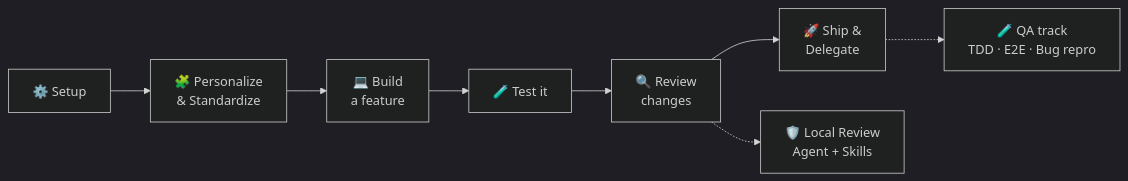
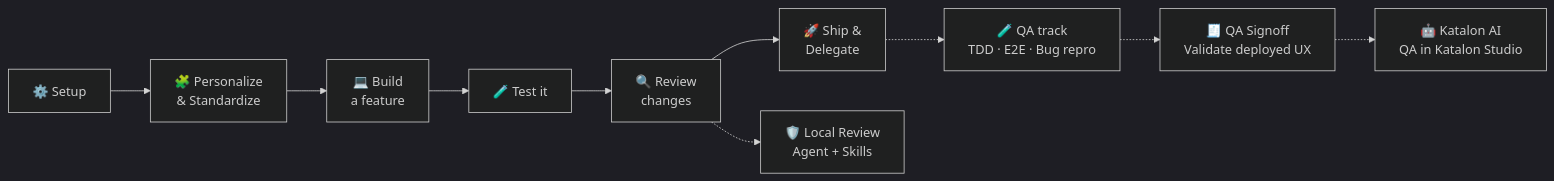
The diagram in labs/README.md (jasontiedt/copilot-Fundamentals-gallery-repo), drawn with Mermaid (dark theme) before and after one commit. The commit also changed other lines of this file and 36 other files, not shown here.

````diff
--- a/labs/README.md
+++ b/labs/README.md
@@ -20,10 +20,12 @@
 ```mermaid
 flowchart LR
   A[⚙️ Setup] --> B[🧩 Personalize<br/>& Standardize]
   B --> C[💻 Build<br/>a feature]
   C --> D[🧪 Test it]
   D --> E[🔍 Review<br/>changes]
   E --> F[🚀 Ship &<br/>Delegate]
   F -.-> G[🧪 QA track<br/>TDD · E2E · Bug repro]
   E -.-> H[🛡️ Local Review<br/>Agent + Skills]
+  G -.-> I[🧾 QA Signoff<br/>Validate deployed UX]
+  I -.-> J[🤖 Katalon AI<br/>QA in Katalon Studio]
 ```
````
